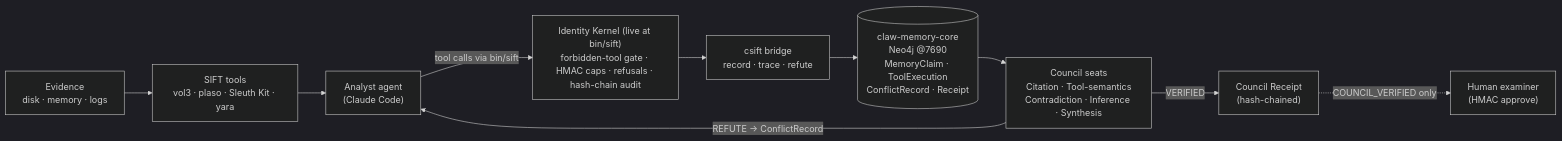
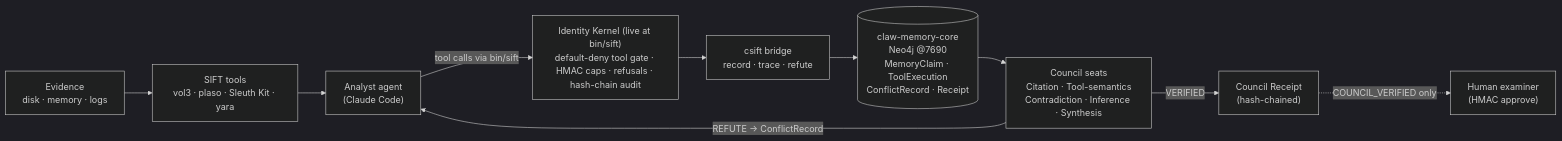
One commit to davfd/council-sift changed the diagram in README.md. Above: the diagram before and after it, drawn with Mermaid (dark theme). The commit also changed 1 other file, not shown here.

Commit message:
docs: final coherence pass — diagram nodes say 'default-deny tool gate' (not 'forbidden-tool')
Last stale label after the denylist→default-deny security fix. Audit otherwise clean: run-count 9 and
bypass 12/12 consistent across all docs; no stale 10/10 / '8 genuine' / 'future work'; all referenced
files exist; tree clean; local main synced with origin; 0 corpus/secrets on remote.

````diff
--- a/README.md
+++ b/README.md
@@ -153,12 +153,12 @@
 ```mermaid
 flowchart LR
   EV["Evidence<br/>disk · memory · logs"] --> TOOLS["SIFT tools<br/>vol3 · plaso · Sleuth Kit · yara"]
   TOOLS --> ANALYST["Analyst agent<br/>(Claude Code)"]
-  ANALYST -- "tool calls via bin/sift" --> KERNEL["Identity Kernel (live at bin/sift)<br/>forbidden-tool gate · HMAC caps · refusals · hash-chain audit"]
+  ANALYST -- "tool calls via bin/sift" --> KERNEL["Identity Kernel (live at bin/sift)<br/>default-deny tool gate · HMAC caps · refusals · hash-chain audit"]
   KERNEL --> BRIDGE["csift bridge<br/>record · trace · refute"]
   BRIDGE --> MEM[("claw-memory-core<br/>Neo4j @7690<br/>MemoryClaim · ToolExecution<br/>ConflictRecord · Receipt")]
   MEM --> COUNCIL["Council seats<br/>Citation · Tool-semantics<br/>Contradiction · Inference · Synthesis"]
   COUNCIL -- "REFUTE → ConflictRecord" --> ANALYST
   COUNCIL -- "VERIFIED" --> RECEIPT["Council Receipt<br/>(hash-chained)"]
   RECEIPT -. "COUNCIL_VERIFIED only" .-> HUMAN["Human examiner<br/>(HMAC approve)"]
 ```
````
